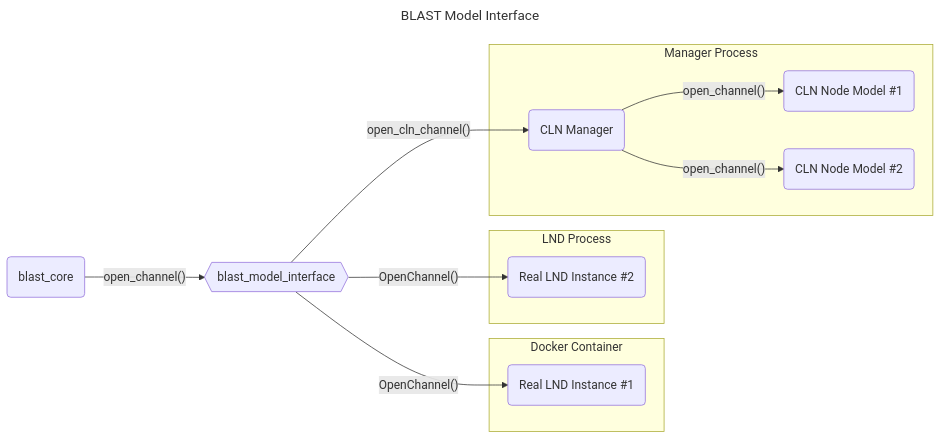
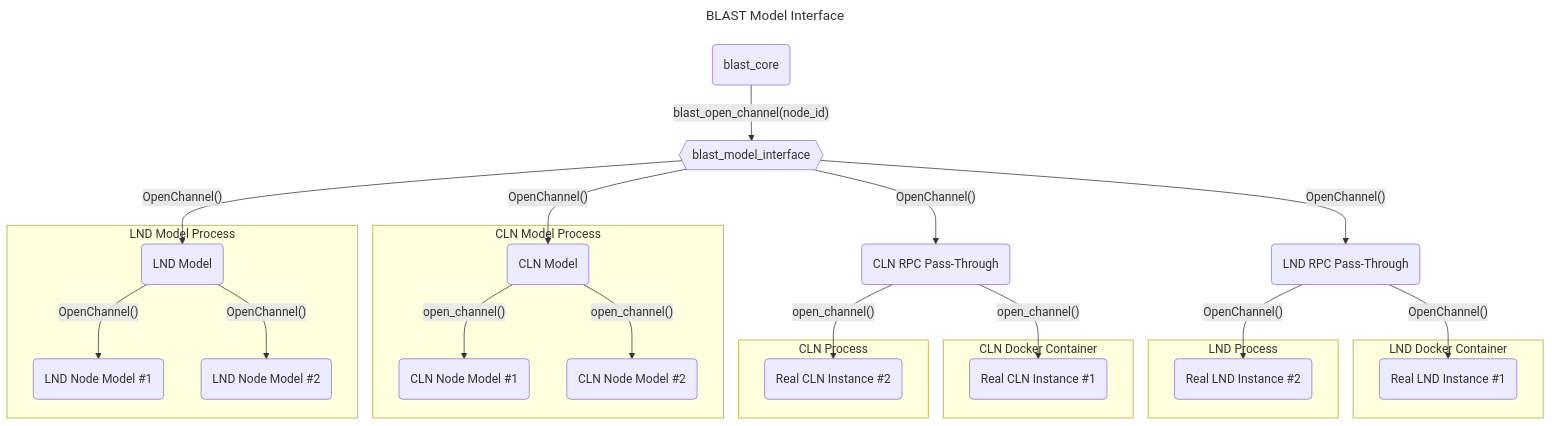
Before and after one commit to bjohnson5/blast: the second of 2 diagrams in design/blast_design.md, drawn with Mermaid. The commit also changed other lines of this file and 18 other files, not shown here.

````diff
--- a/design/blast_design.md
+++ b/design/blast_design.md
@@ -75,28 +59,48 @@
 ```mermaid
 ---
 title: BLAST Model Interface
 ---
-flowchart LR
+flowchart TD
     core(blast_core)
     interface{{blast_model_interface}}
     lnd1(Real LND Instance #1)
     lnd2(Real LND Instance #2)
-    cln(CLN Manager)
+    cln3(Real CLN Instance #1)
+    cln4(Real CLN Instance #2)
+    cln(CLN Model)
     cln1(CLN Node Model #1)
     cln2(CLN Node Model #2)
+    rpccln(CLN RPC Pass-Through)
+    lnd(LND Model)
+    lnd3(LND Node Model #1)
+    lnd4(LND Node Model #2)
+    rpclnd(LND RPC Pass-Through)
 
-    core-- open_channel() -->interface
-    subgraph Docker Container
+    core-- blast_open_channel(node_id) -->interface
+    subgraph LND Docker Container
     lnd1
     end
     subgraph LND Process
     lnd2
     end
-    interface-- OpenChannel() -->lnd1
-    interface-- OpenChannel() -->lnd2
-    interface-- open_cln_channel() -->cln
-    subgraph Manager Process
+    subgraph CLN Docker Container
+    cln3
+    end
+    subgraph CLN Process
+    cln4
+    end
+    interface-- OpenChannel() -->rpclnd-- OpenChannel() -->lnd1
+    rpclnd-- OpenChannel() -->lnd2
+    interface-- OpenChannel() -->rpccln-- open_channel() -->cln3
+    rpccln-- open_channel() -->cln4
+    interface-- OpenChannel() -->cln
+    subgraph CLN Model Process
     cln-- open_channel() --> cln1
     cln-- open_channel() --> cln2
     end
+    interface-- OpenChannel() -->lnd
+    subgraph LND Model Process
+    lnd-- OpenChannel() --> lnd3
+    lnd-- OpenChannel() --> lnd4
+    end
 ```
````
